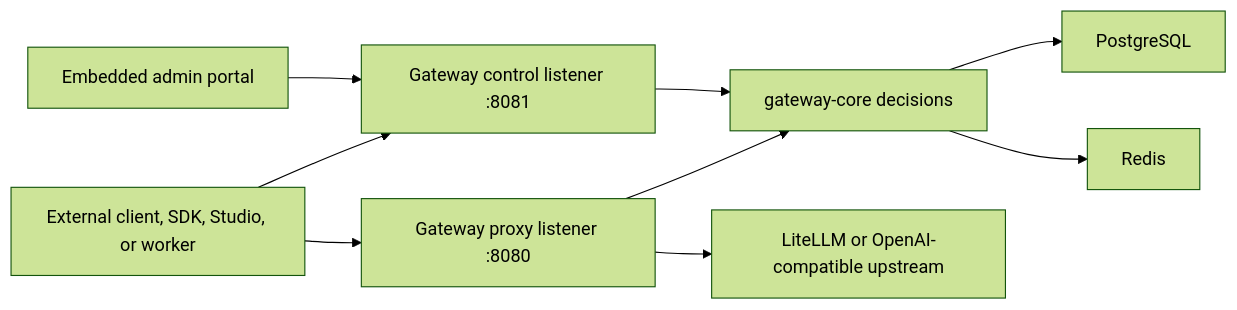
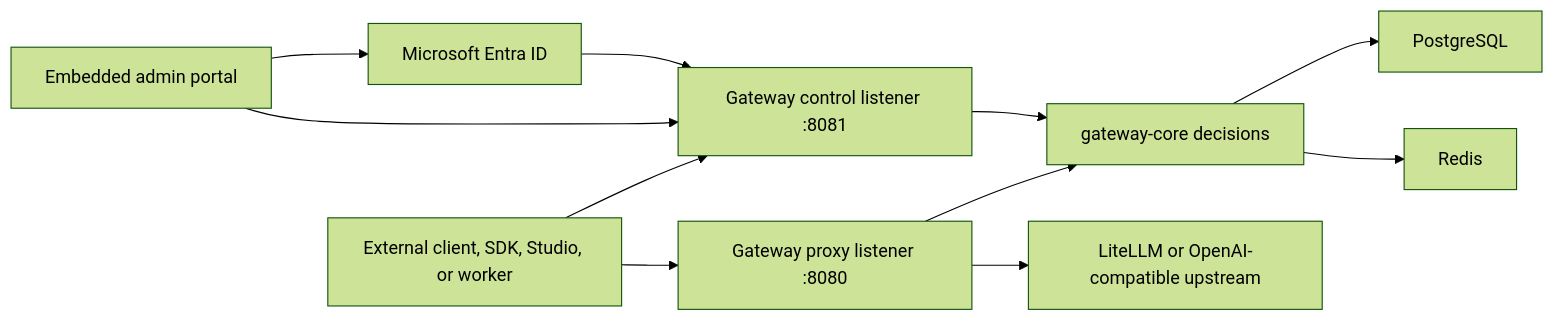
Before and after one commit to sarattha/relayna-gateway: the diagram in docs/architecture.md, drawn with Mermaid (forest theme). The commit also changed other lines of this file and 21 other files, not shown here.

````diff
--- a/docs/architecture.md
+++ b/docs/architecture.md
@@ -5,20 +5,23 @@
 ```mermaid
 flowchart LR
   client["External client, SDK, Studio, or worker"]
   proxy["Gateway proxy listener :8080"]
   control["Gateway control listener :8081"]
   core["gateway-core decisions"]
   store["PostgreSQL"]
   redis["Redis"]
   litellm["LiteLLM or OpenAI-compatible upstream"]
   admin["Embedded admin portal"]
+  entra["Microsoft Entra ID"]
 
   client --> proxy
   client --> control
   admin --> control
+  admin --> entra
+  entra --> control
   proxy --> core
   control --> core
   core --> store
   core --> redis
   proxy --> litellm
 ```
````
